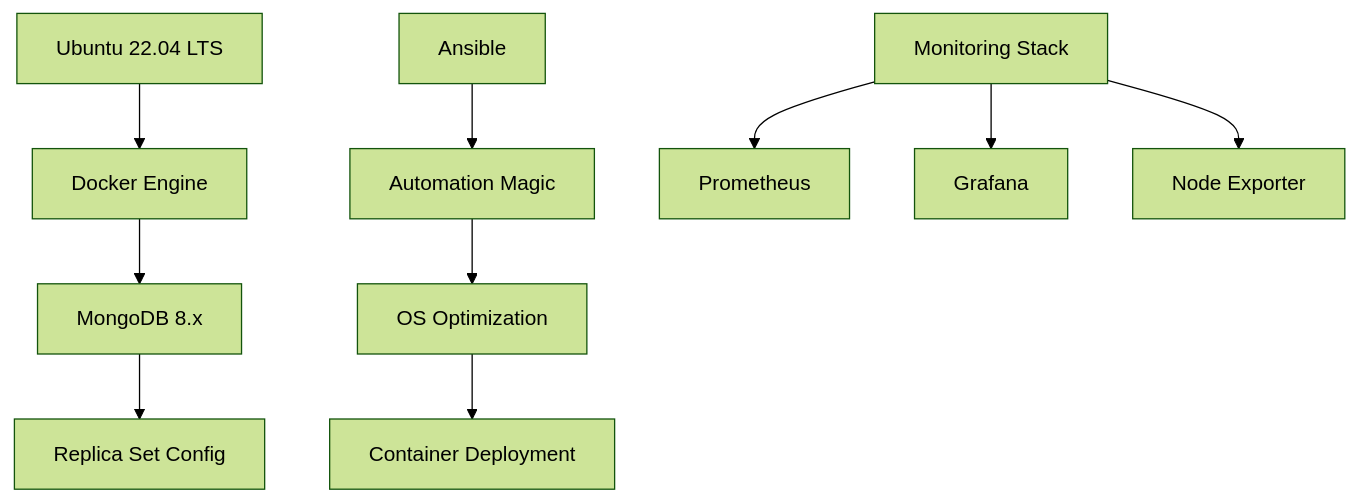
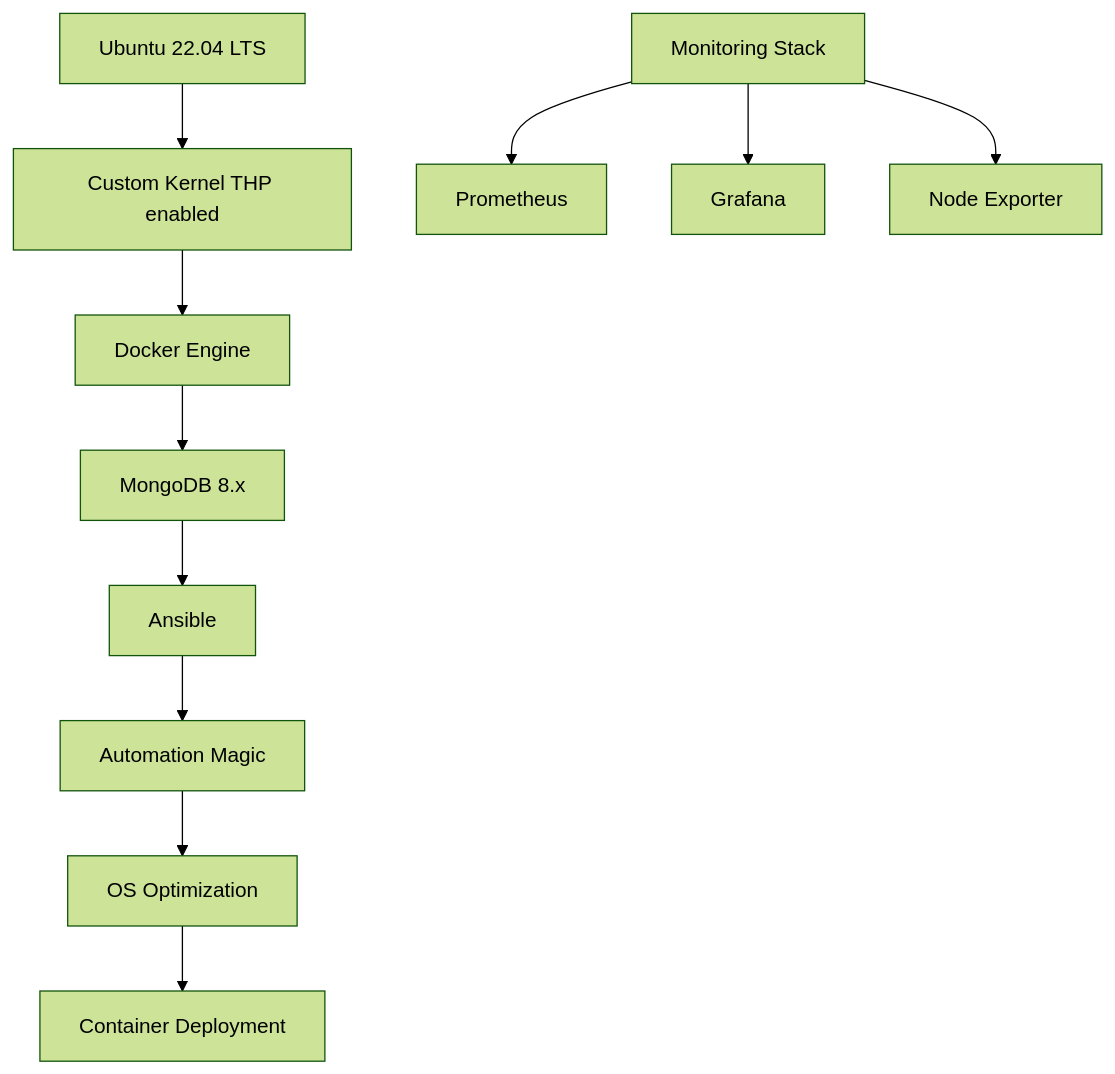
Before and after one commit to vthinsel/mongodb-TuringPI-rk1: the diagram in img/softstack.mmd, drawn with Mermaid (forest theme). The commit also changed 139 other files, not shown here.

Commit message:
Full rewrite of the README, separated in two parts: platform and deep-dive in TCMalloc, WiredTiger, THP YCSB bench on small dataset (50000 docs) and large dataset (50 million docs) with THP on and off, with results and graphs.

```diff
--- a/img/softstack.mmd
+++ b/img/softstack.mmd
@@ -1,12 +1,13 @@
 graph TD
-    A[Ubuntu 22.04 LTS] --> B[Docker Engine]
-    B --> C[MongoDB 8.x]
-    C --> D[Replica Set Config]
+    A[Ubuntu 22.04 LTS] --> B[Custom Kernel THP enabled]
+    B --> C[Docker Engine]
+    C --> D[MongoDB 8.x]
+    D --> E[Replica Set Config]
     
     E[Ansible] --> F[Automation Magic]
     F --> G[OS Optimization]
     G --> H[Container Deployment]
     
     I[Monitoring Stack] --> J[Prometheus]
     I --> K[Grafana]
     I --> L[Node Exporter]
```
